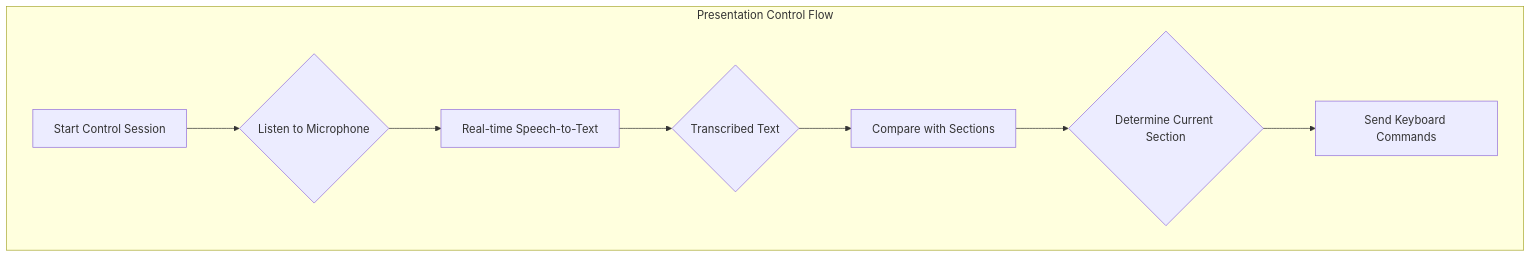
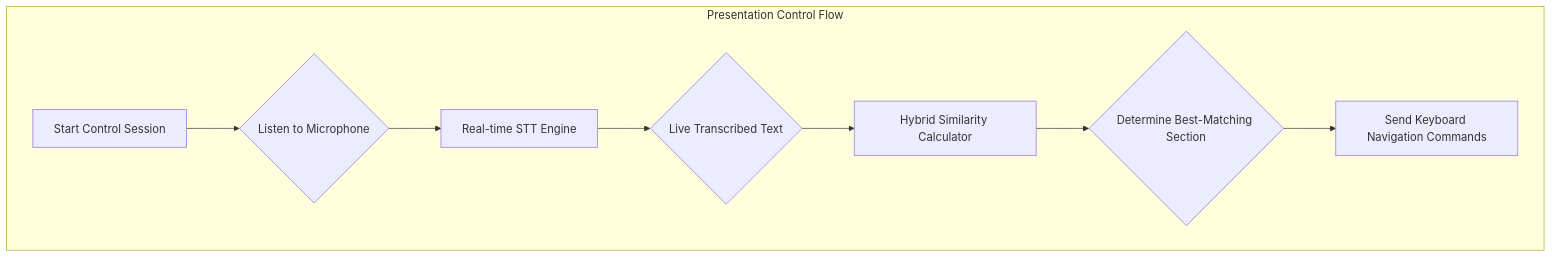
The third of 4 diagrams in docs/overview.md (mdonmez/moves), drawn with Mermaid before and after one commit. The commit also changed other lines of this file and 10 other files, not shown here.

````diff
--- a/docs/overview.md
+++ b/docs/overview.md
@@ -74,11 +76,11 @@
 ```mermaid
 graph TD
     subgraph Presentation Control Flow
         A[Start Control Session] --> B{Listen to Microphone};
-        B --> C[Real-time Speech-to-Text];
-        C --> D{Transcribed Text};
-        D --> E[Compare with Sections];
-        E --> F{Determine Current Section};
-        F --> G[Send Keyboard Commands];
+        B --> C[Real-time STT Engine];
+        C --> D{Live Transcribed Text};
+        D --> E[Hybrid Similarity Calculator];
+        E --> F{Determine Best-Matching Section};
+        F --> G[Send Keyboard Navigation Commands];
     end
 ```
````
